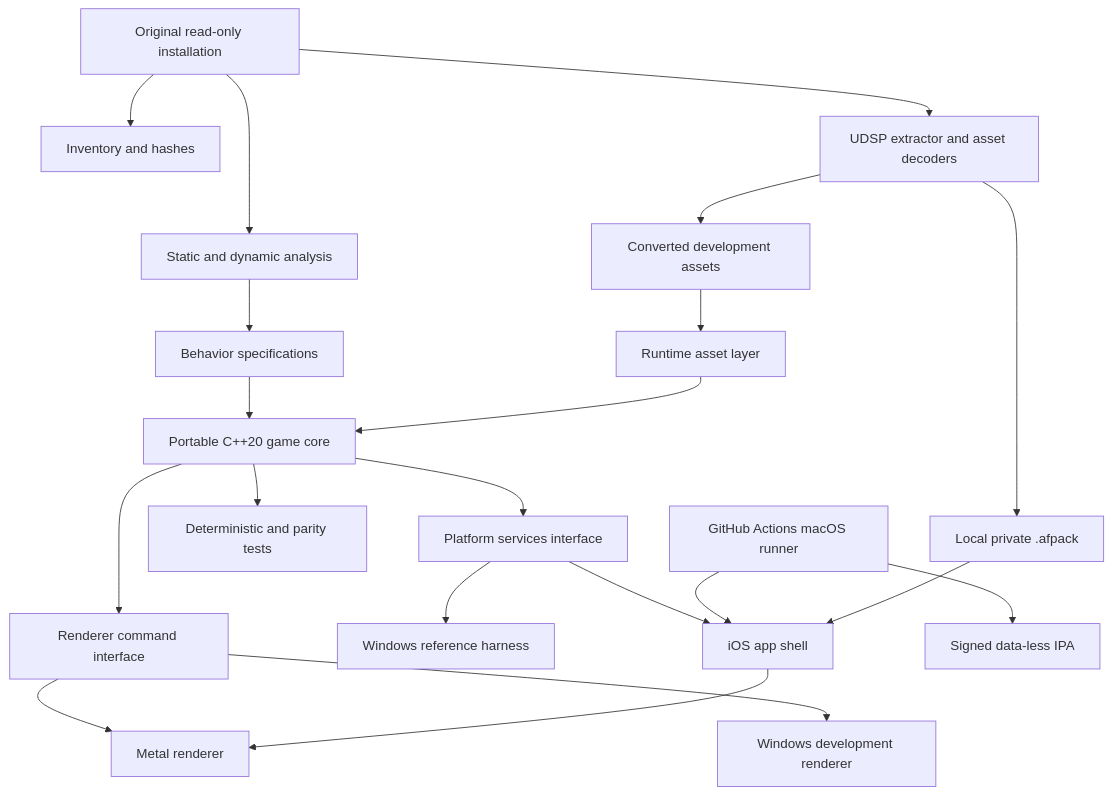
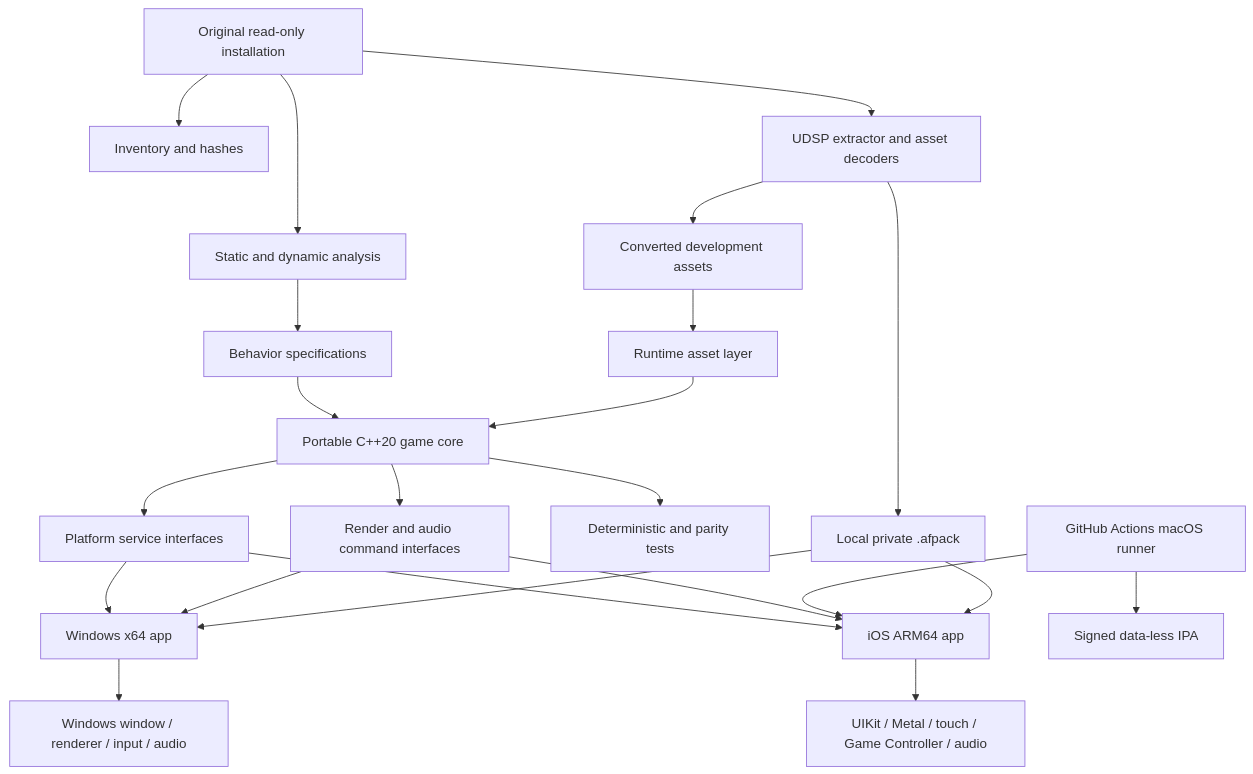
One commit to tryk016/airfix-dogfighter changed the diagram in docs/ARCHITECTURE.md. Above: the diagram before and after it, drawn with Mermaid. The commit also changed other lines of this file and 14 other files, not shown here.

````diff
--- a/docs/ARCHITECTURE.md
+++ b/docs/ARCHITECTURE.md
@@ -25,23 +33,25 @@
 ```mermaid
 flowchart TD
     A["Original read-only installation"] --> B["Inventory and hashes"]
     A --> C["Static and dynamic analysis"]
     A --> D["UDSP extractor and asset decoders"]
     C --> E["Behavior specifications"]
     D --> F["Converted development assets"]
     E --> G["Portable C++20 game core"]
     F --> H["Runtime asset layer"]
-    G --> I["Platform services interface"]
-    G --> J["Renderer command interface"]
+    G --> I["Platform service interfaces"]
+    G --> J["Render and audio command interfaces"]
     H --> G
-    I --> K["Windows reference harness"]
-    I --> L["iOS app shell"]
-    J --> M["Windows development renderer"]
-    J --> N["Metal renderer"]
-    L --> N
+    I --> K["Windows x64 app"]
+    I --> L["iOS ARM64 app"]
+    J --> K
+    J --> L
+    K --> M["Windows window / renderer / input / audio"]
+    L --> N["UIKit / Metal / touch / Game Controller / audio"]
     G --> O["Deterministic and parity tests"]
     Q["GitHub Actions macOS runner"] --> L
     Q --> P["Signed data-less IPA"]
     D --> X["Local private .afpack"]
+    X --> K
     X --> L
 ```
````
